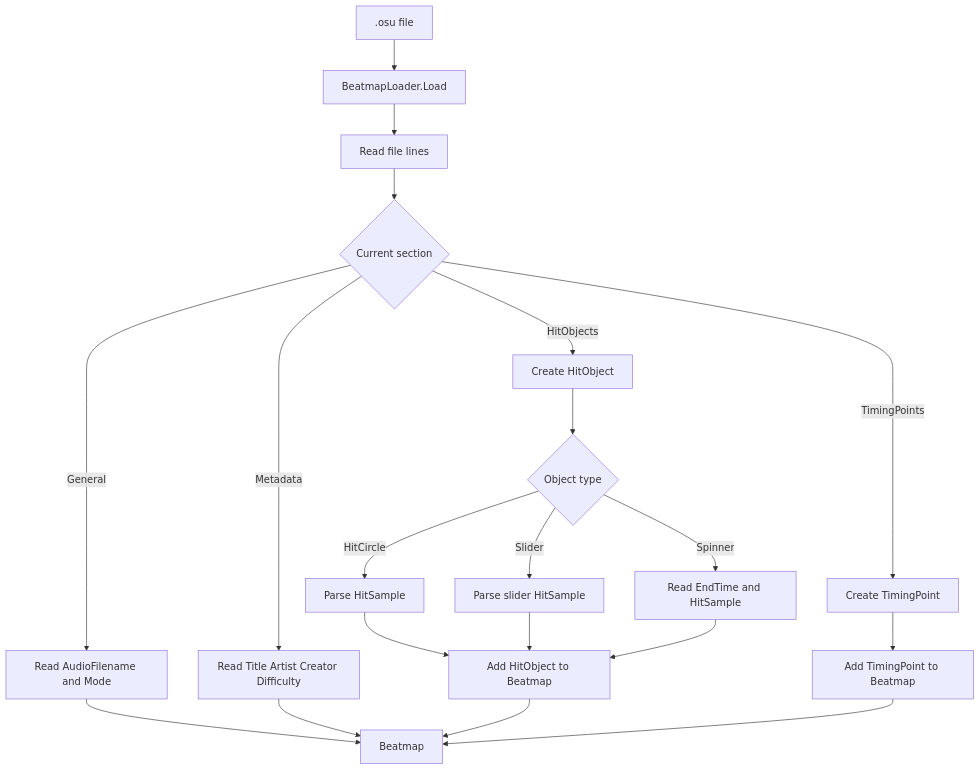
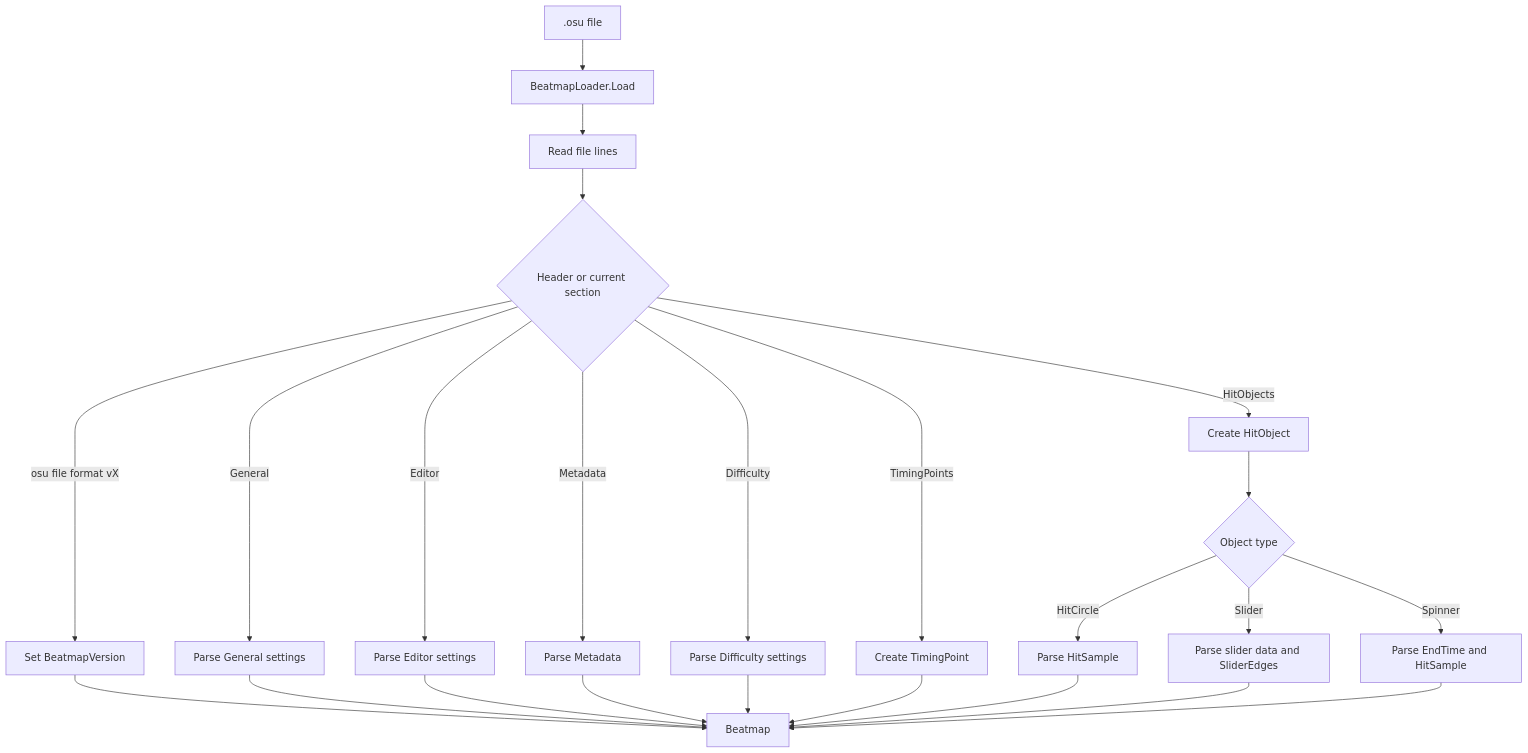
The third of 11 diagrams in docs/architecture.md (FAJIFBEFJHA/osu-hitsound-editor), drawn with Mermaid before and after one commit. The commit also changed other lines of this file and 16 other files, not shown here.

````diff
--- a/docs/architecture.md
+++ b/docs/architecture.md
@@ -122,34 +228,32 @@
 ```mermaid
 flowchart TD
 
     A[.osu file] --> B[BeatmapLoader.Load]
-
     B --> C[Read file lines]
 
-    C --> D{Current section}
+    C --> D{Header or current section}
 
-    D -->|General| E[Read AudioFilename and Mode]
+    D -->|osu file format vX| E[Set BeatmapVersion]
+    D -->|General| F[Parse General settings]
+    D -->|Editor| G[Parse Editor settings]
+    D -->|Metadata| H[Parse Metadata]
+    D -->|Difficulty| I[Parse Difficulty settings]
+    D -->|TimingPoints| J[Create TimingPoint]
+    D -->|HitObjects| K[Create HitObject]
 
-    D -->|Metadata| F[Read Title Artist Creator Difficulty]
+    K --> L{Object type}
 
-    D -->|TimingPoints| G[Create TimingPoint]
+    L -->|HitCircle| M[Parse HitSample]
+    L -->|Slider| N[Parse slider data and SliderEdges]
+    L -->|Spinner| O[Parse EndTime and HitSample]
 
-    D -->|HitObjects| H[Create HitObject]
-
-    H --> I{Object type}
-
-    I -->|HitCircle| J[Parse HitSample]
-    I -->|Slider| K[Parse slider HitSample]
-    I -->|Spinner| L[Read EndTime and HitSample]
-
-    J --> M[Add HitObject to Beatmap]
-    K --> M
-    L --> M
-
-    G --> N[Add TimingPoint to Beatmap]
-
-    E --> O[Beatmap]
-    F --> O
-    M --> O
-    N --> O
+    E --> P[Beatmap]
+    F --> P
+    G --> P
+    H --> P
+    I --> P
+    J --> P
+    M --> P
+    N --> P
+    O --> P
 ```
````
